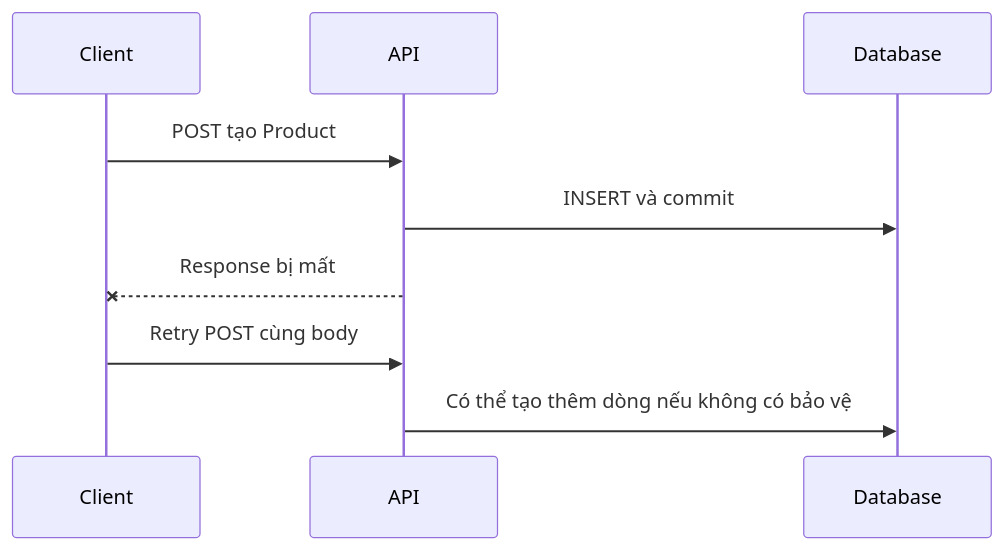
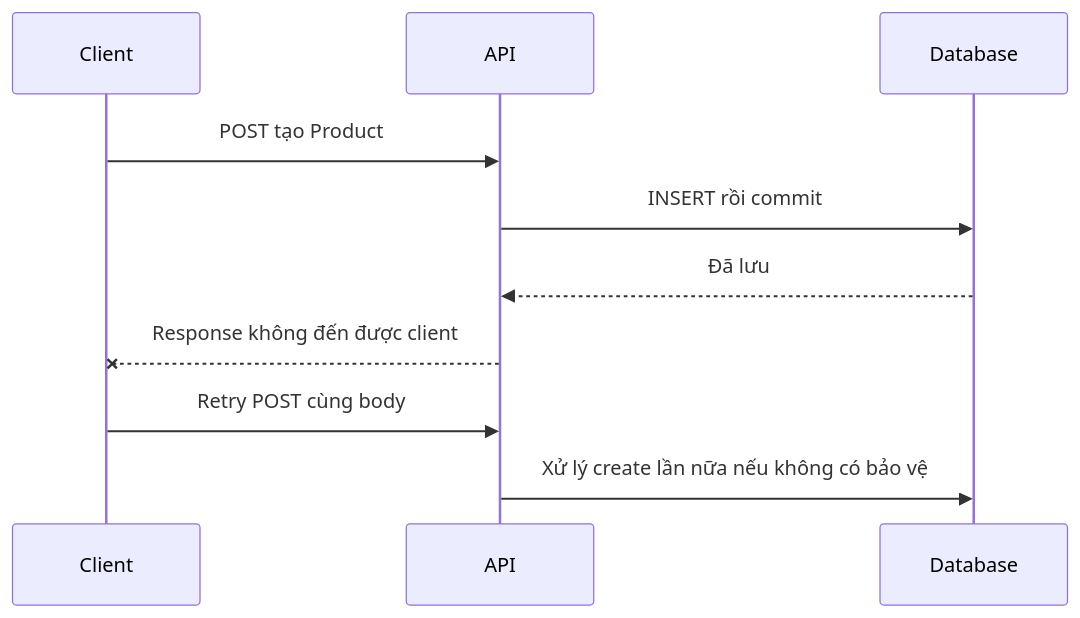
Before and after one commit to nhandndev/SOFTWARE_ENGINEER_LEARN: the diagram in Notes/M3_API_Security/M3_1_REST_Best_Practices/LESSON_01_RESOURCE_VERSIONING_IDEMPOTENCY.md, drawn with Mermaid. The commit also changed other lines of this file and 33 other files, not shown here.

````diff
--- a/Notes/M3_API_Security/M3_1_REST_Best_Practices/LESSON_01_RESOURCE_VERSIONING_IDEMPOTENCY.md
+++ b/Notes/M3_API_Security/M3_1_REST_Best_Practices/LESSON_01_RESOURCE_VERSIONING_IDEMPOTENCY.md
@@ -121,11 +317,12 @@
 ```mermaid
 sequenceDiagram
     participant C as Client
     participant A as API
     participant D as Database
     C->>A: POST tạo Product
-    A->>D: INSERT và commit
-    A--xC: Response bị mất
+    A->>D: INSERT rồi commit
+    D-->>A: Đã lưu
+    A--xC: Response không đến được client
     C->>A: Retry POST cùng body
-    A->>D: Có thể tạo thêm dòng nếu không có bảo vệ
+    A->>D: Xử lý create lần nữa nếu không có bảo vệ
 ```
````
